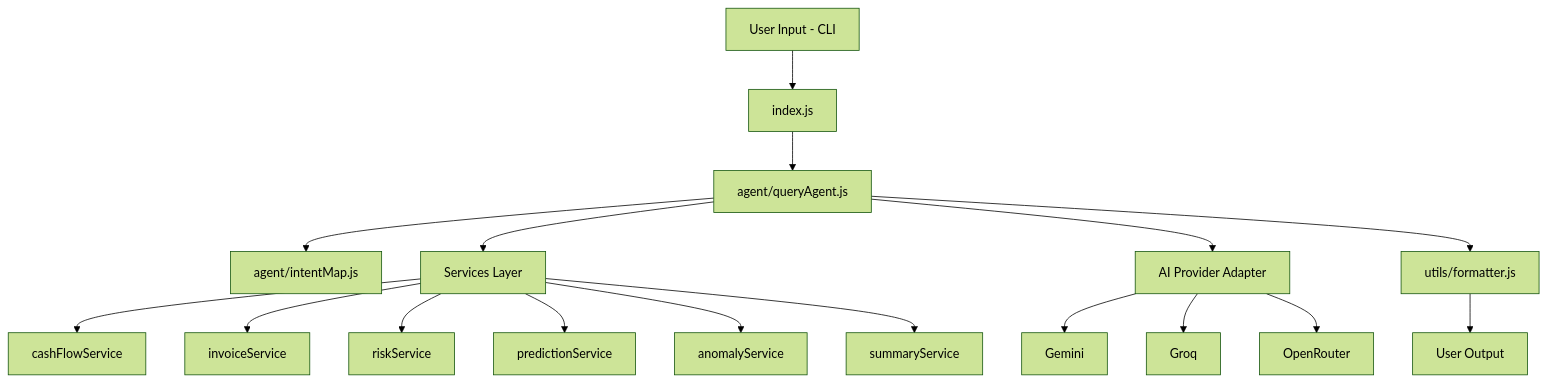
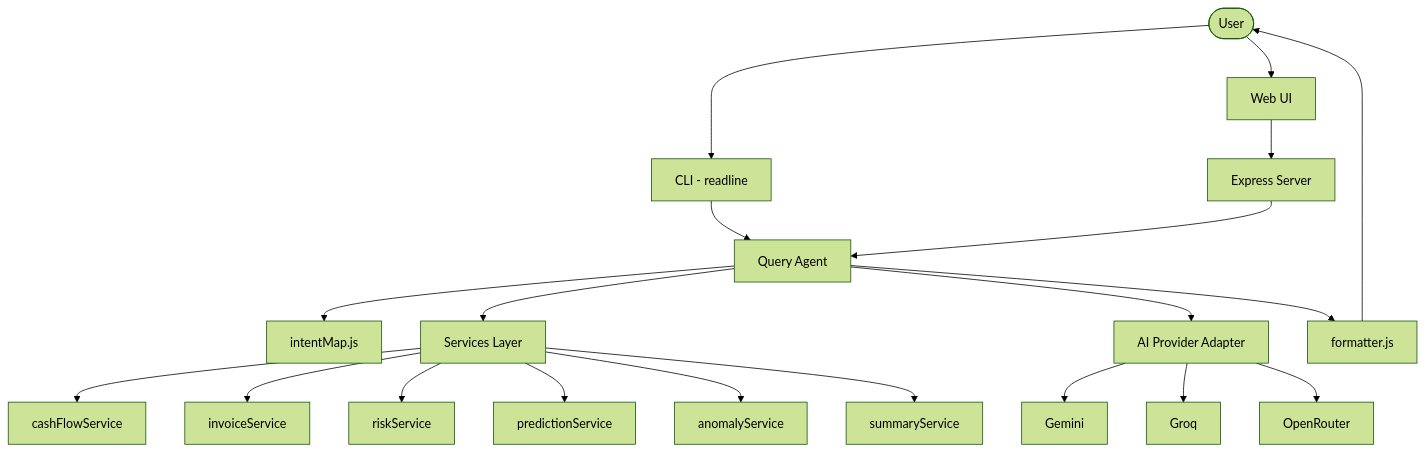
The first of 2 diagrams in README.md (krishan2005op/CashGuardian1), drawn with Mermaid (forest theme) before and after one commit. The commit also changed other lines of this file, not shown here.

````diff
--- a/README.md
+++ b/README.md
@@ -76,19 +71,22 @@
 ```mermaid
 flowchart TD
-    A[User Input - CLI] --> B[index.js]
-    B --> C[agent/queryAgent.js]
-    C --> D[agent/intentMap.js]
-    C --> E[Services Layer]
-    E --> E1[cashFlowService]
-    E --> E2[invoiceService]
-    E --> E3[riskService]
-    E --> E4[predictionService]
-    E --> E5[anomalyService]
-    E --> E6[summaryService]
-    C --> F[AI Provider Adapter]
-    F --> F1[Gemini]
-    F --> F2[Groq]
-    F --> F3[OpenRouter]
-    C --> G[utils/formatter.js]
-    G --> H[User Output]
+    U([User]) --> UI[Web UI]
+    U --> CLI[CLI - readline]
+    UI --> S[Express Server]
+    CLI --> A[Query Agent]
+    S --> A
+    A --> IM[intentMap.js]
+    A --> SL[Services Layer]
+    SL --> S1[cashFlowService]
+    SL --> S2[invoiceService]
+    SL --> S3[riskService]
+    SL --> S4[predictionService]
+    SL --> S5[anomalyService]
+    SL --> S6[summaryService]
+    A --> AI[AI Provider Adapter]
+    AI --> G[Gemini]
+    AI --> GR[Groq]
+    AI --> OR[OpenRouter]
+    A --> F[formatter.js]
+    F --> U
 ```
````
